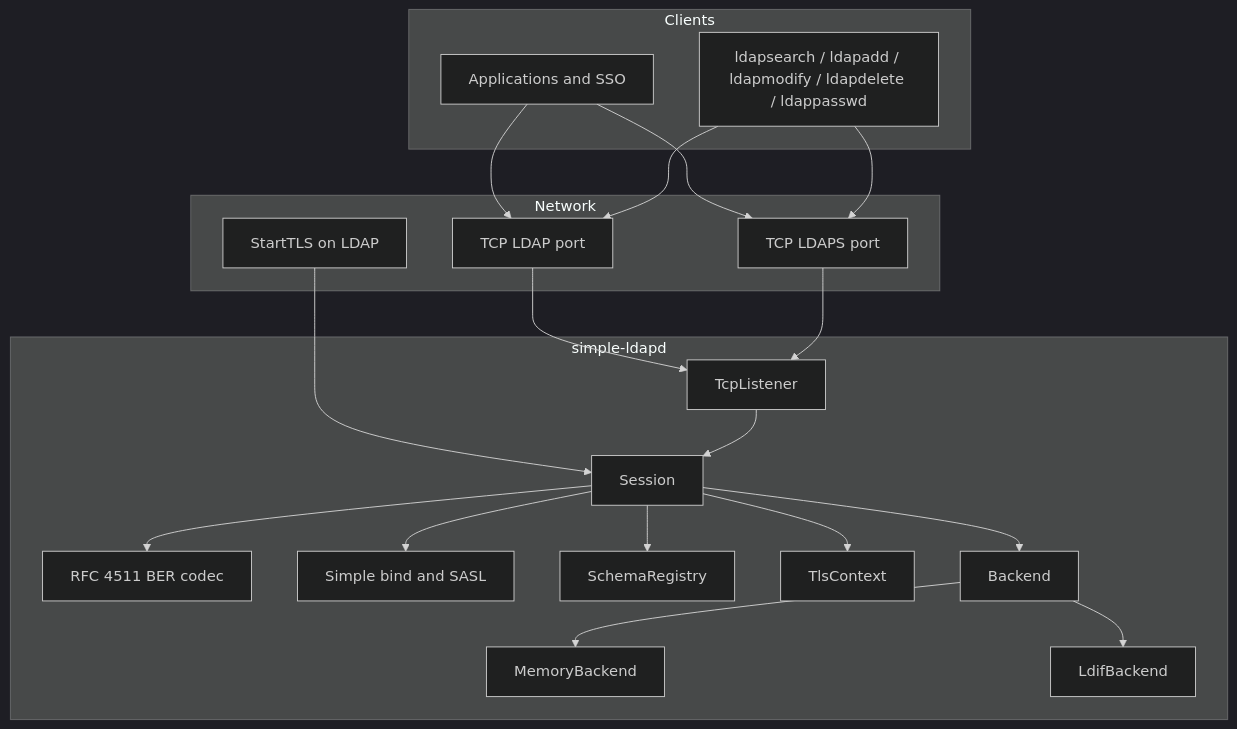
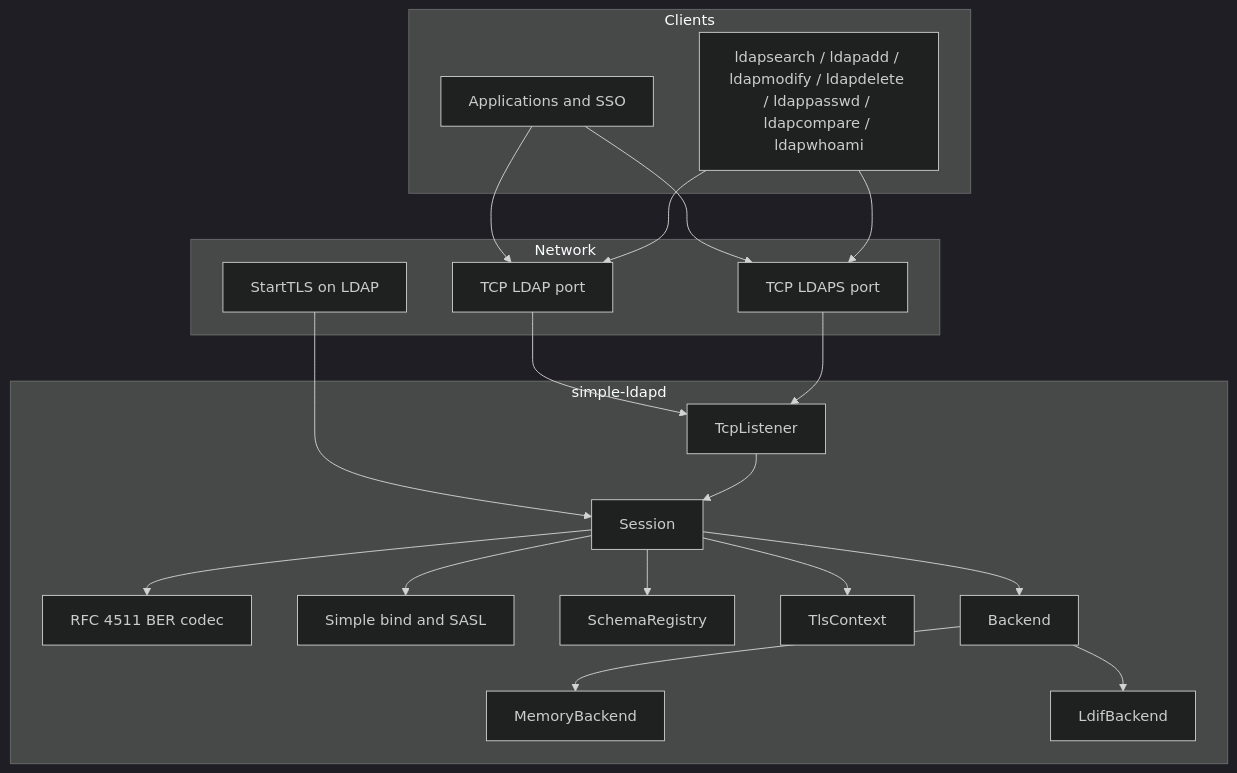
Before and after one commit to SimpleDaemons/simple-ldapd: the diagram in docs/diagrams/architecture.md, drawn with Mermaid (dark theme). The commit also changed other lines of this file and 21 other files, not shown here.

````diff
--- a/docs/diagrams/architecture.md
+++ b/docs/diagrams/architecture.md
@@ -5,41 +5,41 @@
 ```mermaid
 flowchart TB
   subgraph clients [Clients]
     Apps[Applications and SSO]
-    CLI["ldapsearch / ldapadd / ldapmodify / ldapdelete / ldappasswd"]
+    CLI["ldapsearch / ldapadd / ldapmodify / ldapdelete / ldappasswd / ldapcompare / ldapwhoami"]
   end
 
   subgraph net [Network]
     LDAP["TCP LDAP port"]
     LDAPS["TCP LDAPS port"]
     STLS[StartTLS on LDAP]
   end
 
   subgraph daemon [simple-ldapd]
     Listener[TcpListener]
     Session[Session]
     Codec[RFC 4511 BER codec]
     Auth[Simple bind and SASL]
     Schema[SchemaRegistry]
     TLS[TlsContext]
     BackendAPI[Backend]
     Mem[MemoryBackend]
     Ldif[LdifBackend]
   end
 
   Apps --> LDAP
   Apps --> LDAPS
   CLI --> LDAP
   CLI --> LDAPS
   LDAP --> Listener
   LDAPS --> Listener
   STLS --> Session
   Listener --> Session
   Session --> Codec
   Session --> Auth
   Session --> Schema
   Session --> TLS
   Session --> BackendAPI
   BackendAPI --> Mem
   BackendAPI --> Ldif
 ```
````
